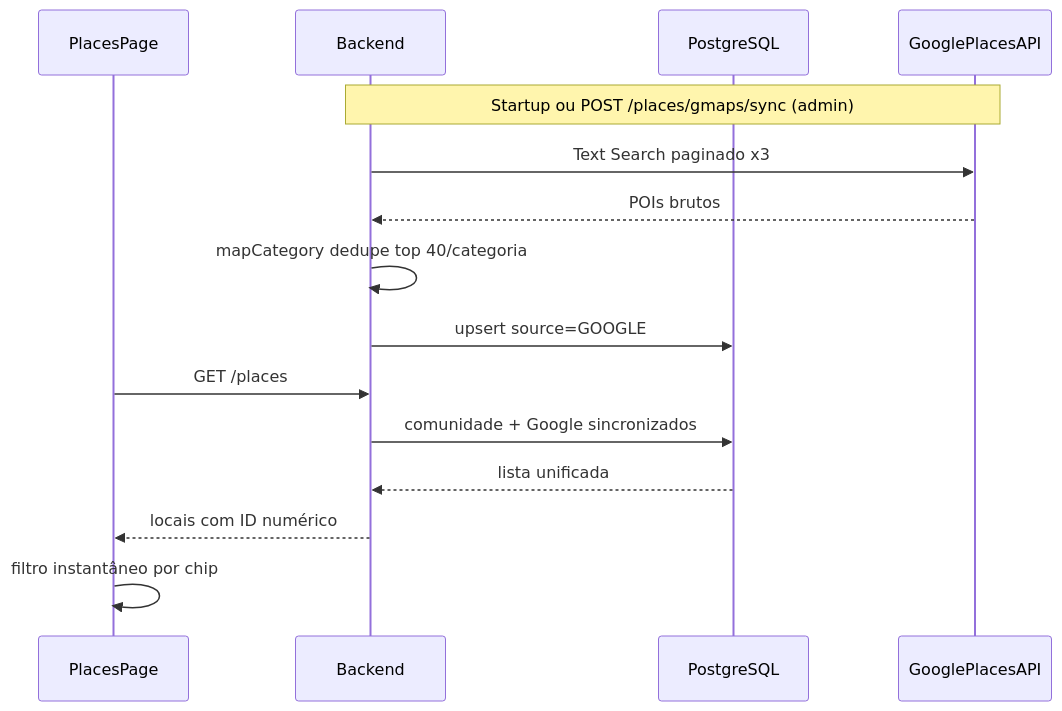
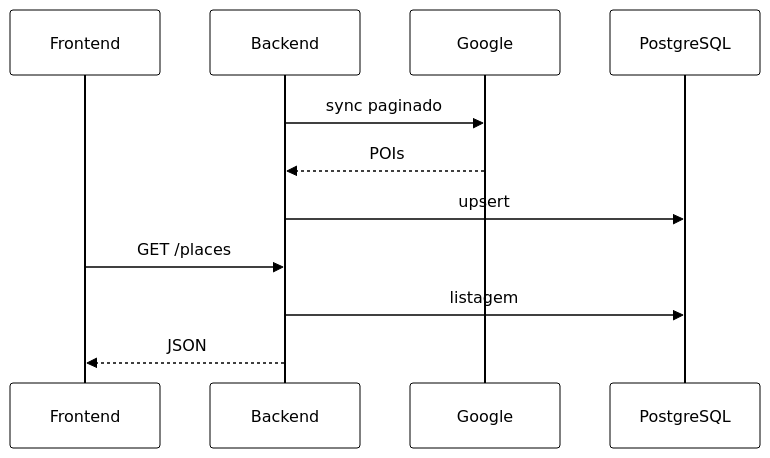
Before and after one commit to Marianamrts/Copia_2026.01-T02_G5_EuAmoPiri_Entrega_04: the fourth of 4 diagrams in docs/requisitos/RF-google-places-backend/4.8.SincronizacaoGooglePlaces.md, drawn with Mermaid. The commit also changed other lines of this file and 30 other files, not shown here.

````diff
--- a/docs/requisitos/RF-google-places-backend/4.8.SincronizacaoGooglePlaces.md
+++ b/docs/requisitos/RF-google-places-backend/4.8.SincronizacaoGooglePlaces.md
@@ -262,19 +238,14 @@
 ```mermaid
+%%{init: {'theme':'base','themeVariables':{'primaryColor':'#fff','primaryTextColor':'#000','primaryBorderColor':'#000','lineColor':'#000','secondaryColor':'#eee','tertiaryColor':'#fff','clusterBkg':'#fff','clusterBorder':'#000','actorBkg':'#fff','actorBorder':'#000','actorTextColor':'#000'}}}%%
 sequenceDiagram
-    participant FE as PlacesPage
+    participant FE as Frontend
     participant API as Backend
+    participant G as Google
     participant DB as PostgreSQL
-    participant Google as GooglePlacesAPI
-
-    Note over API,Google: Startup ou POST /places/gmaps/sync (admin)
-    API->>Google: Text Search paginado x3
-    Google-->>API: POIs brutos
-    API->>API: mapCategory dedupe top 40/categoria
-    API->>DB: upsert source=GOOGLE
-
+    API->>G: sync paginado
+    G-->>API: POIs
+    API->>DB: upsert
     FE->>API: GET /places
-    API->>DB: comunidade + Google sincronizados
-    DB-->>API: lista unificada
-    API-->>FE: locais com ID numérico
-    FE->>FE: filtro instantâneo por chip
+    API->>DB: listagem
+    API-->>FE: JSON
 ```
````
